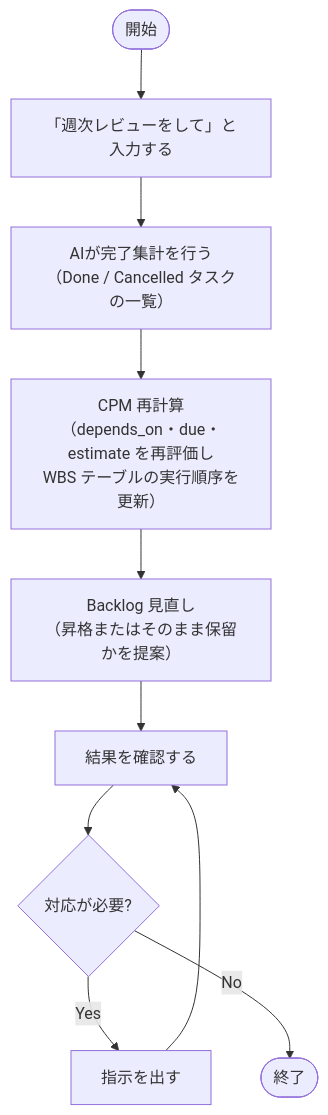
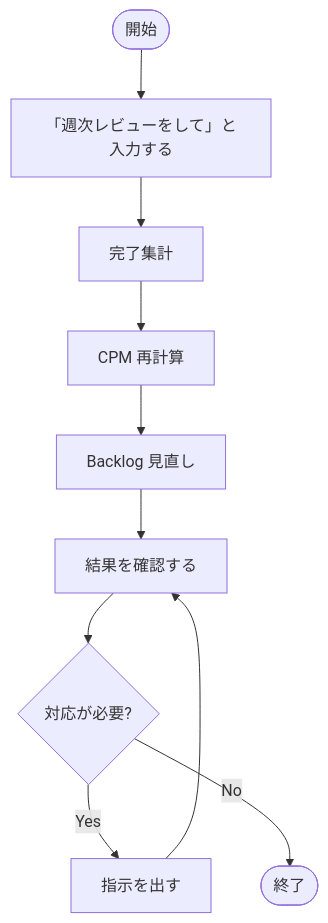
The diagram in prompts/task-streamliner/docs/how-to/weekly-review.md (yasuhiro112358/ai-agent-toolkit), drawn with Mermaid before and after one commit. The commit also changed other lines of this file and 3 other files, not shown here.

First line of the commit message:
docs(task-streamliner): shorten diagram node labels across all process pages

````diff
--- a/prompts/task-streamliner/docs/how-to/weekly-review.md
+++ b/prompts/task-streamliner/docs/how-to/weekly-review.md
@@ -5,15 +5,15 @@
 ```mermaid
 flowchart TD
     S([開始])
     E([終了])
 
     S --> Trigger["「週次レビューをして」と入力する"]
-    Trigger --> Summarize["AIが完了集計を行う\n（Done / Cancelled タスクの一覧）"]
-    Summarize --> Recalc["CPM 再計算\n（depends_on・due・estimate を再評価し\nWBS テーブルの実行順序を更新）"]
-    Recalc --> BacklogReview["Backlog 見直し\n（昇格またはそのまま保留かを提案）"]
+    Trigger --> Summarize["完了集計"]
+    Summarize --> Recalc["CPM 再計算"]
+    Recalc --> BacklogReview["Backlog 見直し"]
     BacklogReview --> Check["結果を確認する"]
     Check --> Action{対応が必要?}
     Action -- Yes --> Give["指示を出す"]
     Give --> Check
     Action -- No --> E
 ```
````
